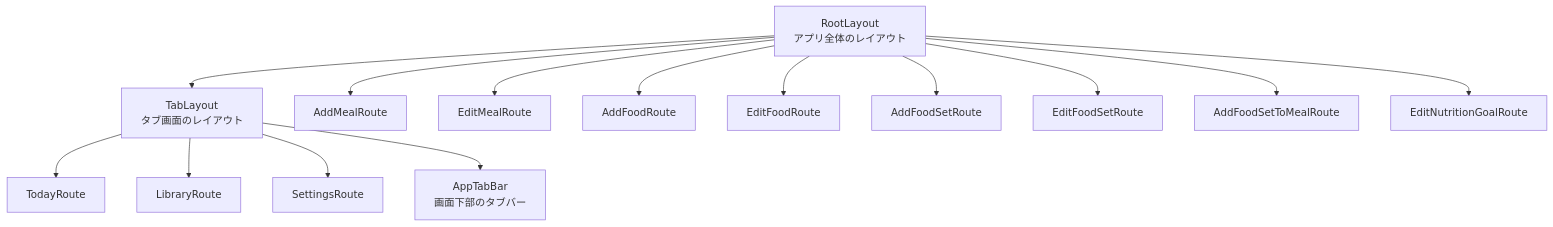
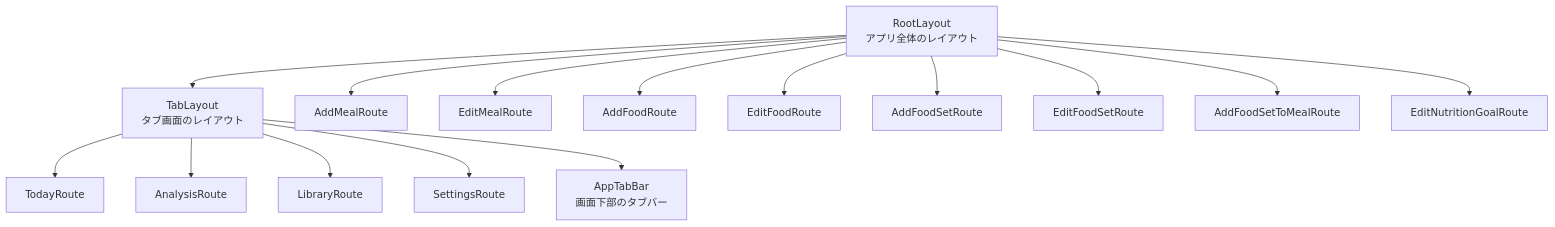
Before and after one commit to takahashi-toshiya/FoodLog: the first of 9 diagrams in docs/component-map.md, drawn with Mermaid. The commit also changed other lines of this file and 18 other files, not shown here.

````diff
--- a/docs/component-map.md
+++ b/docs/component-map.md
@@ -16,17 +16,18 @@
 ```mermaid
 flowchart TD
   RootLayout["RootLayout<br/>アプリ全体のレイアウト"] --> TabLayout["TabLayout<br/>タブ画面のレイアウト"]
   TabLayout --> TodayRoute["TodayRoute"]
+  TabLayout --> AnalysisRoute["AnalysisRoute"]
   TabLayout --> LibraryRoute["LibraryRoute"]
   TabLayout --> SettingsRoute["SettingsRoute"]
   TabLayout --> AppTabBar["AppTabBar<br/>画面下部のタブバー"]
 
   RootLayout --> AddMealRoute["AddMealRoute"]
   RootLayout --> EditMealRoute["EditMealRoute"]
   RootLayout --> AddFoodRoute["AddFoodRoute"]
   RootLayout --> EditFoodRoute["EditFoodRoute"]
   RootLayout --> AddFoodSetRoute["AddFoodSetRoute"]
   RootLayout --> EditFoodSetRoute["EditFoodSetRoute"]
   RootLayout --> AddFoodSetToMealRoute["AddFoodSetToMealRoute"]
   RootLayout --> EditNutritionGoalRoute["EditNutritionGoalRoute"]
 ```
````
